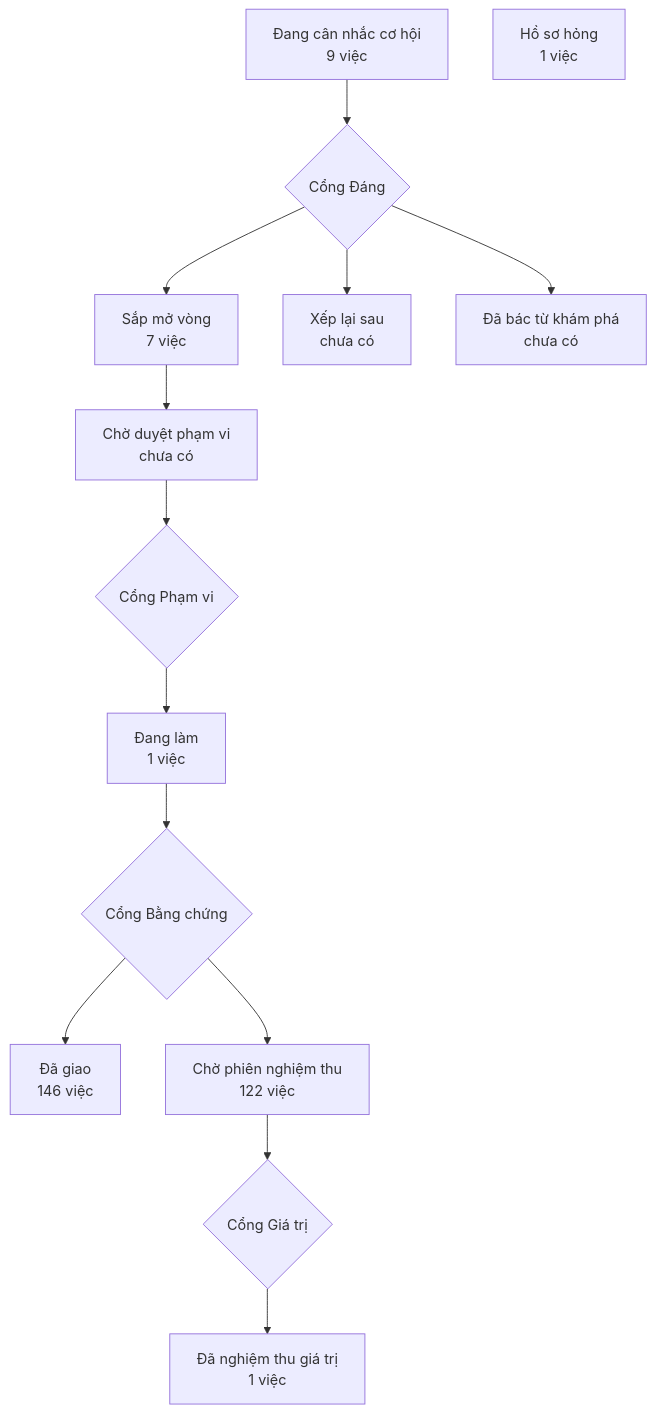
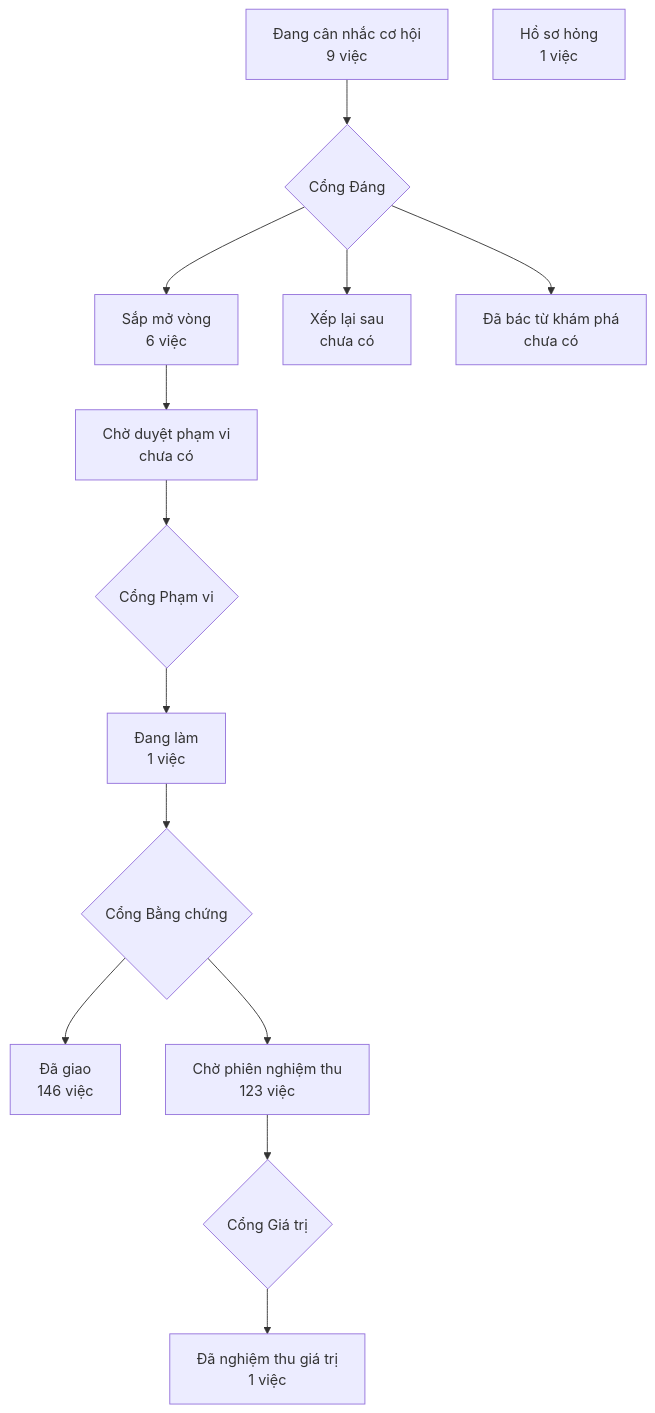
Before and after one commit to phanlemanh/crm-onehub: the diagram in PRODUCT-MAP.md, drawn with Mermaid. The commit also changed other lines of this file and 1 other file, not shown here.

Commit message:
chore(khong-re-theo-ten-thanh-luat-kho): vẽ lại bản đồ sau gộp onehub

````diff
--- a/PRODUCT-MAP.md
+++ b/PRODUCT-MAP.md
@@ -7,13 +7,13 @@
 ```mermaid
 flowchart TD
   A["Đang cân nhắc cơ hội<br/>9 việc"] --> GD{"Cổng Đáng"}
-  GD --> B["Sắp mở vòng<br/>7 việc"]
+  GD --> B["Sắp mở vòng<br/>6 việc"]
   GD --> XL["Xếp lại sau<br/>chưa có"]
   GD --> DB["Đã bác từ khám phá<br/>chưa có"]
   B --> CD["Chờ duyệt phạm vi<br/>chưa có"] --> GP{"Cổng Phạm vi"}
   GP --> DL["Đang làm<br/>1 việc"] --> GB{"Cổng Bằng chứng"}
   GB --> DG["Đã giao<br/>146 việc"]
-  GB --> CN["Chờ phiên nghiệm thu<br/>122 việc"] --> GG{"Cổng Giá trị"}
+  GB --> CN["Chờ phiên nghiệm thu<br/>123 việc"] --> GG{"Cổng Giá trị"}
   GG --> NT["Đã nghiệm thu giá trị<br/>1 việc"]
   HS["Hồ sơ hỏng<br/>1 việc"]
 ```
````
